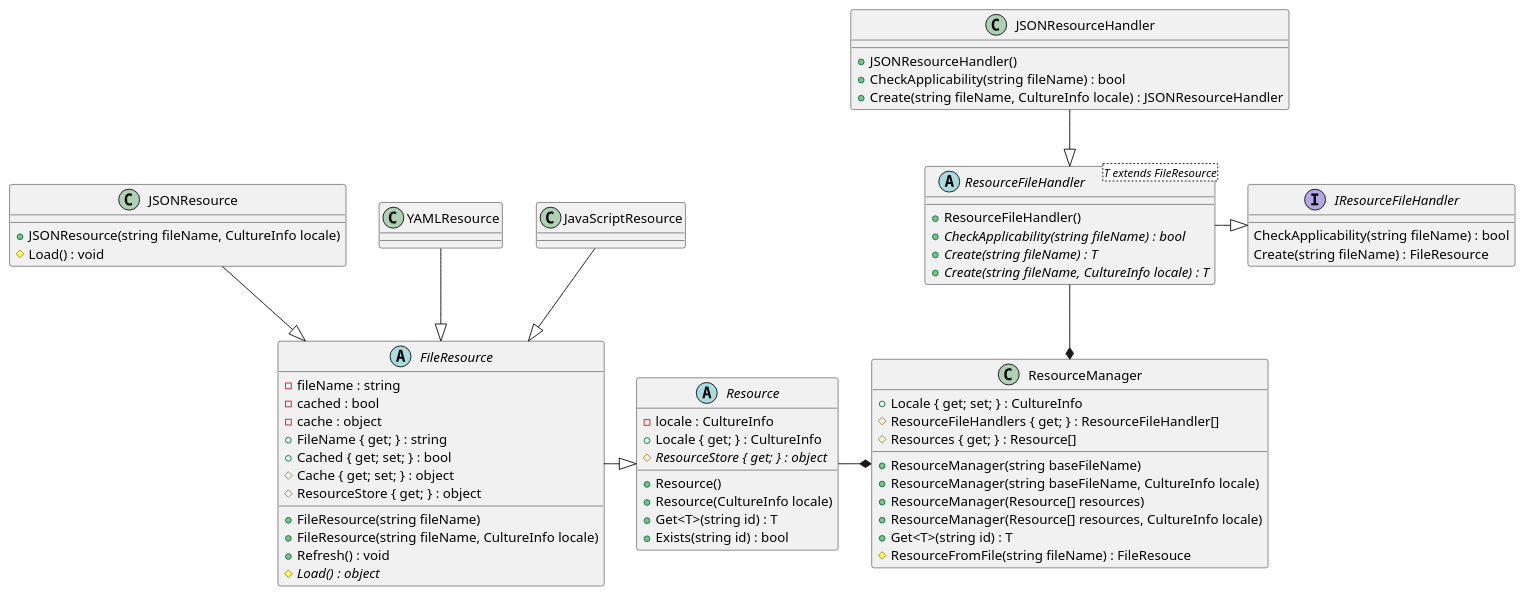
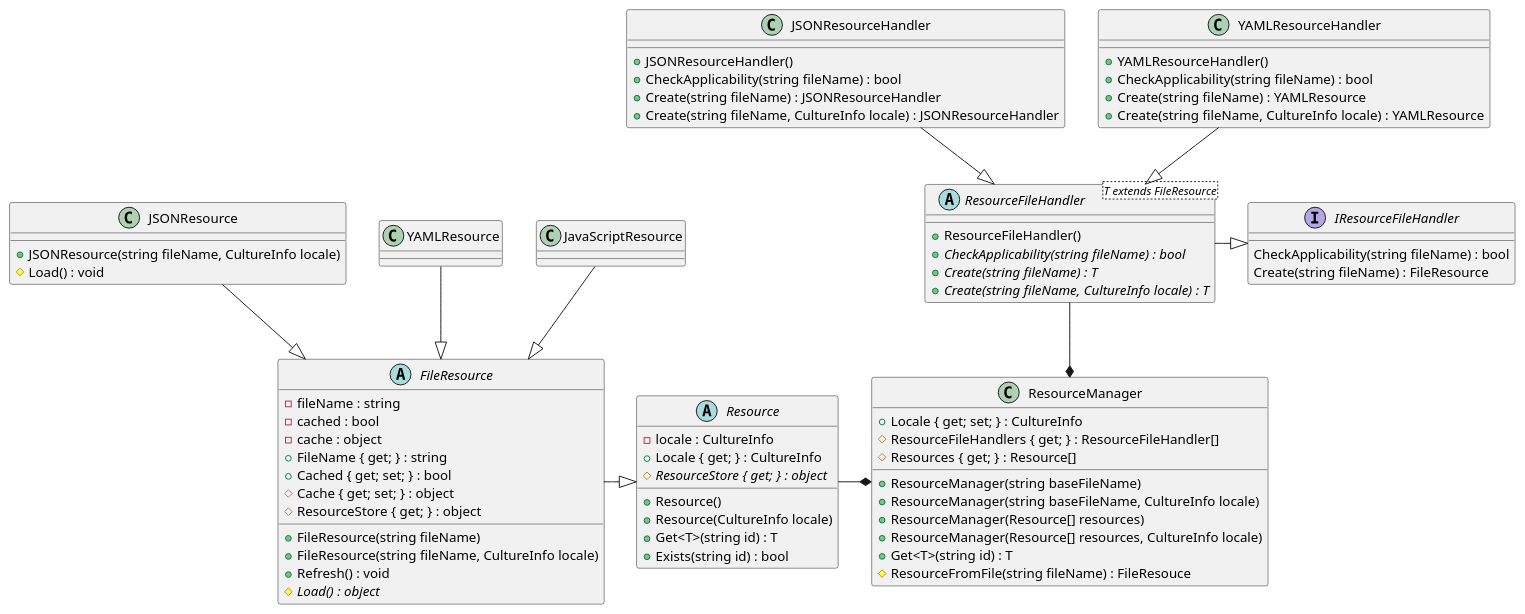
One commit to manuth/ResourceManager.js changed the diagram in docs/ClassDiagram.wsd. Above: the diagram before and after it, drawn with PlantUML. The commit also changed 1 other file, not shown here.

```diff
--- a/docs/ClassDiagram.wsd
+++ b/docs/ClassDiagram.wsd
@@ -1,91 +1,102 @@
 @startuml ResourceManager.js
 interface IResourceFileHandler
 {
     CheckApplicability(string fileName) : bool
     Create(string fileName) : FileResource
 }
 
 
 ResourceFileHandler -|> IResourceFileHandler
 
 abstract class ResourceFileHandler<T extends FileResource>
 {
     + ResourceFileHandler()
     + {abstract} CheckApplicability(string fileName) : bool
     + {abstract} Create(string fileName) : T
     + {abstract} Create(string fileName, CultureInfo locale) : T
 }
 
 JSONResourceHandler --|> ResourceFileHandler
 
 class JSONResourceHandler
 {
     + JSONResourceHandler()
     + CheckApplicability(string fileName) : bool
+    + Create(string fileName) : JSONResourceHandler
     + Create(string fileName, CultureInfo locale) : JSONResourceHandler
+}
+
+YAMLResourceHandler --|> ResourceFileHandler
+
+class YAMLResourceHandler
+{
+    + YAMLResourceHandler()
+    + CheckApplicability(string fileName) : bool
+    + Create(string fileName) : YAMLResource
+    + Create(string fileName, CultureInfo locale) : YAMLResource
 }
 
 abstract class Resource
 {
     - locale : CultureInfo
     + Resource()
     + Resource(CultureInfo locale)
     + Locale { get; } : CultureInfo
     # {abstract} ResourceStore { get; } : object
     + Get<T>(string id) : T
     + Exists(string id) : bool
 }
 
 Resource -* ResourceManager
 ResourceFileHandler --* ResourceManager
 
 class ResourceManager
 {
     + ResourceManager(string baseFileName)
     + ResourceManager(string baseFileName, CultureInfo locale)
     + ResourceManager(Resource[] resources)
     + ResourceManager(Resource[] resources, CultureInfo locale)
     + Locale { get; set; } : CultureInfo
     # ResourceFileHandlers { get; } : ResourceFileHandler[]
     # Resources { get; } : Resource[]
     + Get<T>(string id) : T
     # ResourceFromFile(string fileName) : FileResouce
 }
 
 FileResource -|> Resource
 
 abstract class FileResource
 {
     - fileName : string
     - cached : bool
     - cache : object
     + FileResource(string fileName)
     + FileResource(string fileName, CultureInfo locale)
     + FileName { get; } : string
     + Cached { get; set; } : bool
     # Cache { get; set; } : object
     # ResourceStore { get; } : object
     + Refresh() : void
     # {abstract} Load() : object
 }
 
 JSONResource --|> FileResource
 
 class JSONResource
 {
     + JSONResource(string fileName, CultureInfo locale)
     # Load() : void
 }
 
 YAMLResource --|> FileResource
 
 class YAMLResource
 {
 }
 
 JavaScriptResource --|> FileResource
 
 class JavaScriptResource
 {
 }
 @enduml
```
